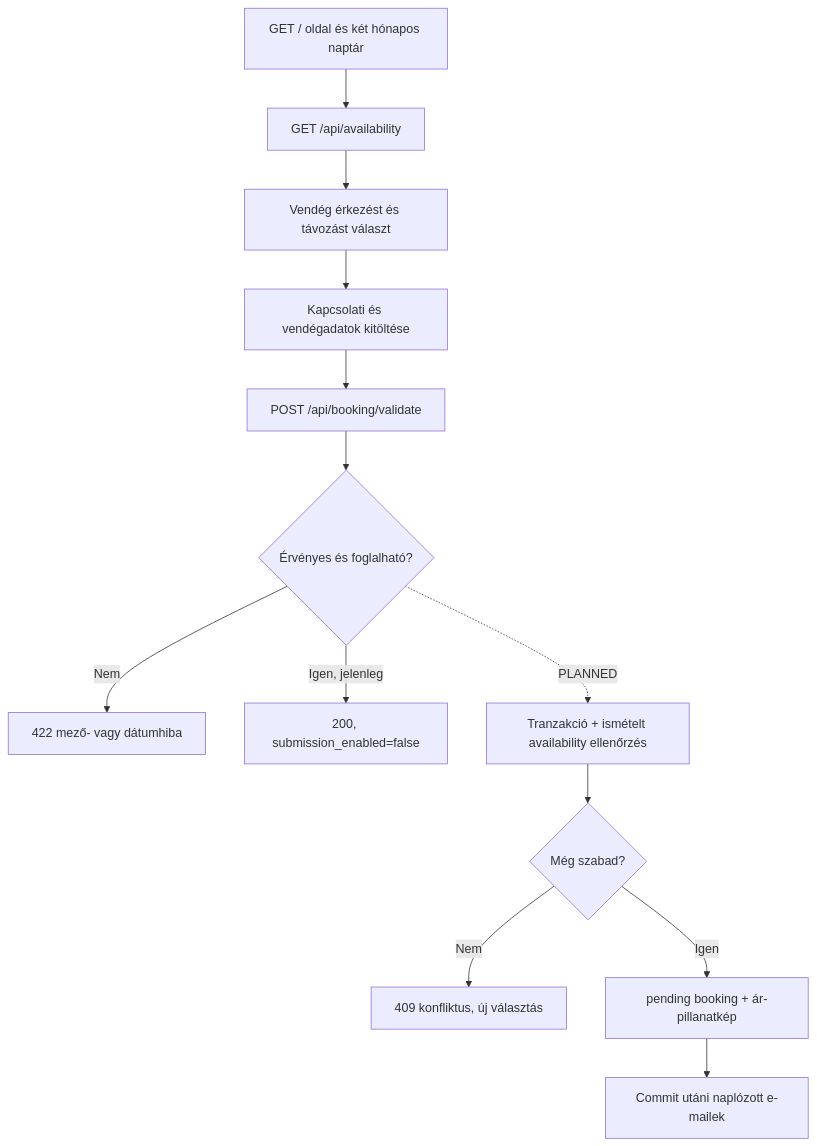
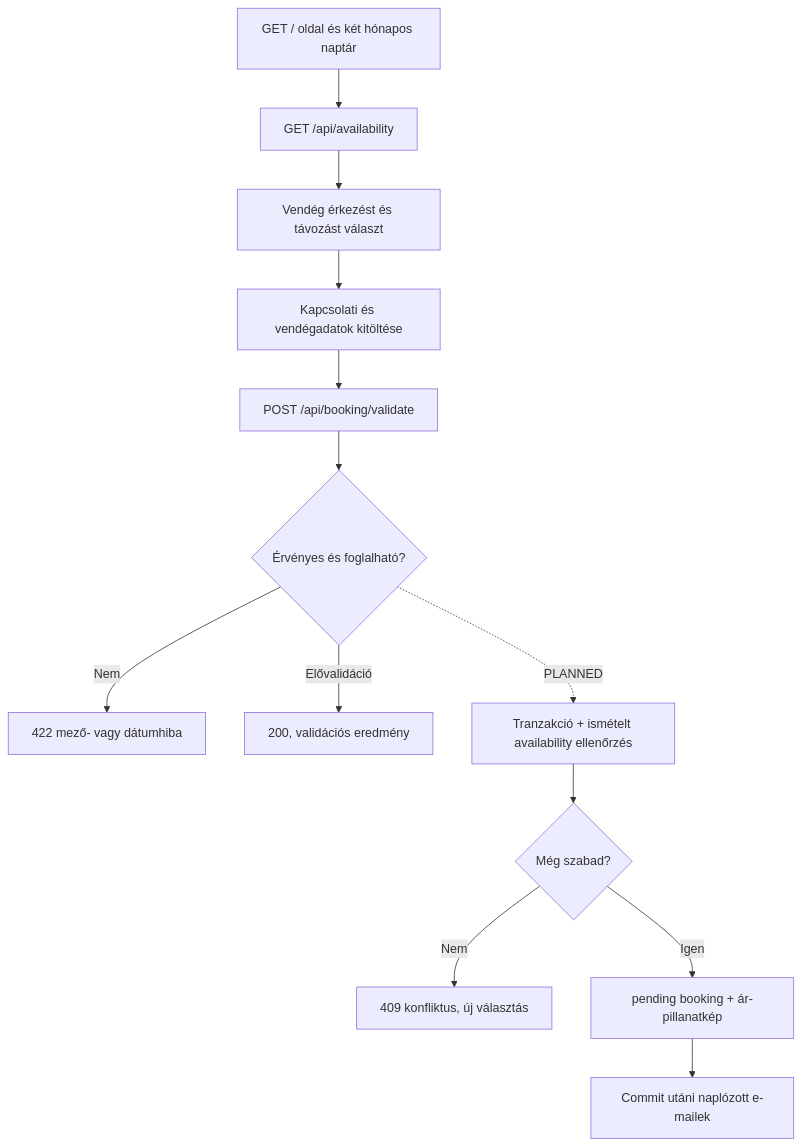
One commit to vviktorgraphic/abata_02 changed the second of 4 diagrams in docs/01_ARCHITECTURE.md. Above: the diagram before and after it, drawn with Mermaid. The commit also changed other lines of this file and 73 other files, not shown here.

````diff
--- a/docs/01_ARCHITECTURE.md
+++ b/docs/01_ARCHITECTURE.md
@@ -112,15 +112,15 @@
 ```mermaid
 flowchart TD
     A[GET / oldal és két hónapos naptár] --> B[GET /api/availability]
     B --> C[Vendég érkezést és távozást választ]
     C --> D[Kapcsolati és vendégadatok kitöltése]
     D --> E[POST /api/booking/validate]
     E --> F{Érvényes és foglalható?}
     F -- Nem --> G[422 mező- vagy dátumhiba]
-    F -- Igen, jelenleg --> H[200, submission_enabled=false]
+    F -- Elővalidáció --> H[200, validációs eredmény]
     F -. PLANNED .-> I[Tranzakció + ismételt availability ellenőrzés]
     I --> J{Még szabad?}
     J -- Nem --> K[409 konfliktus, új választás]
     J -- Igen --> L[pending booking + ár-pillanatkép]
     L --> M[Commit utáni naplózott e-mailek]
 ```
````
